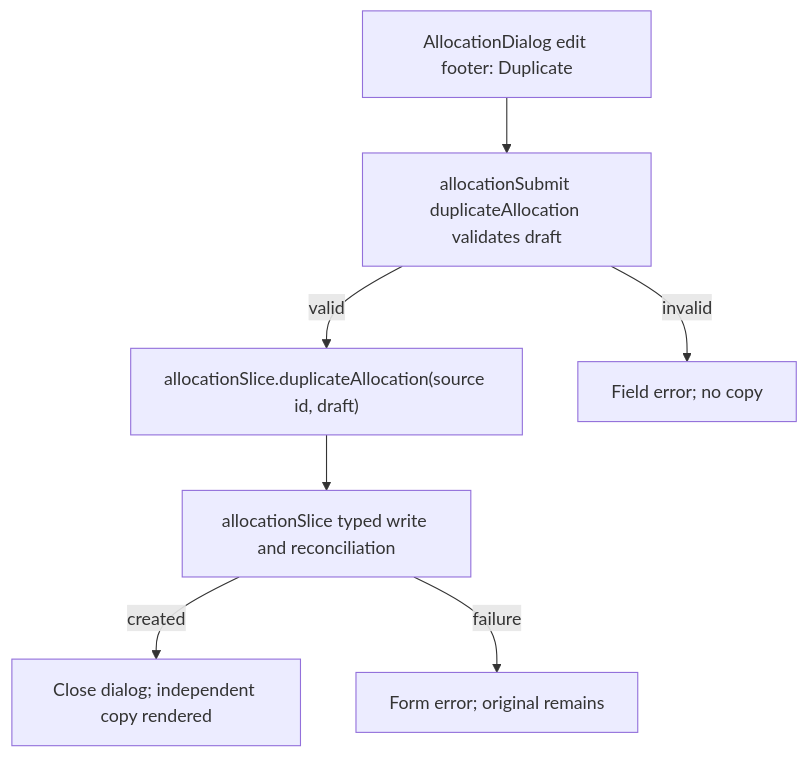
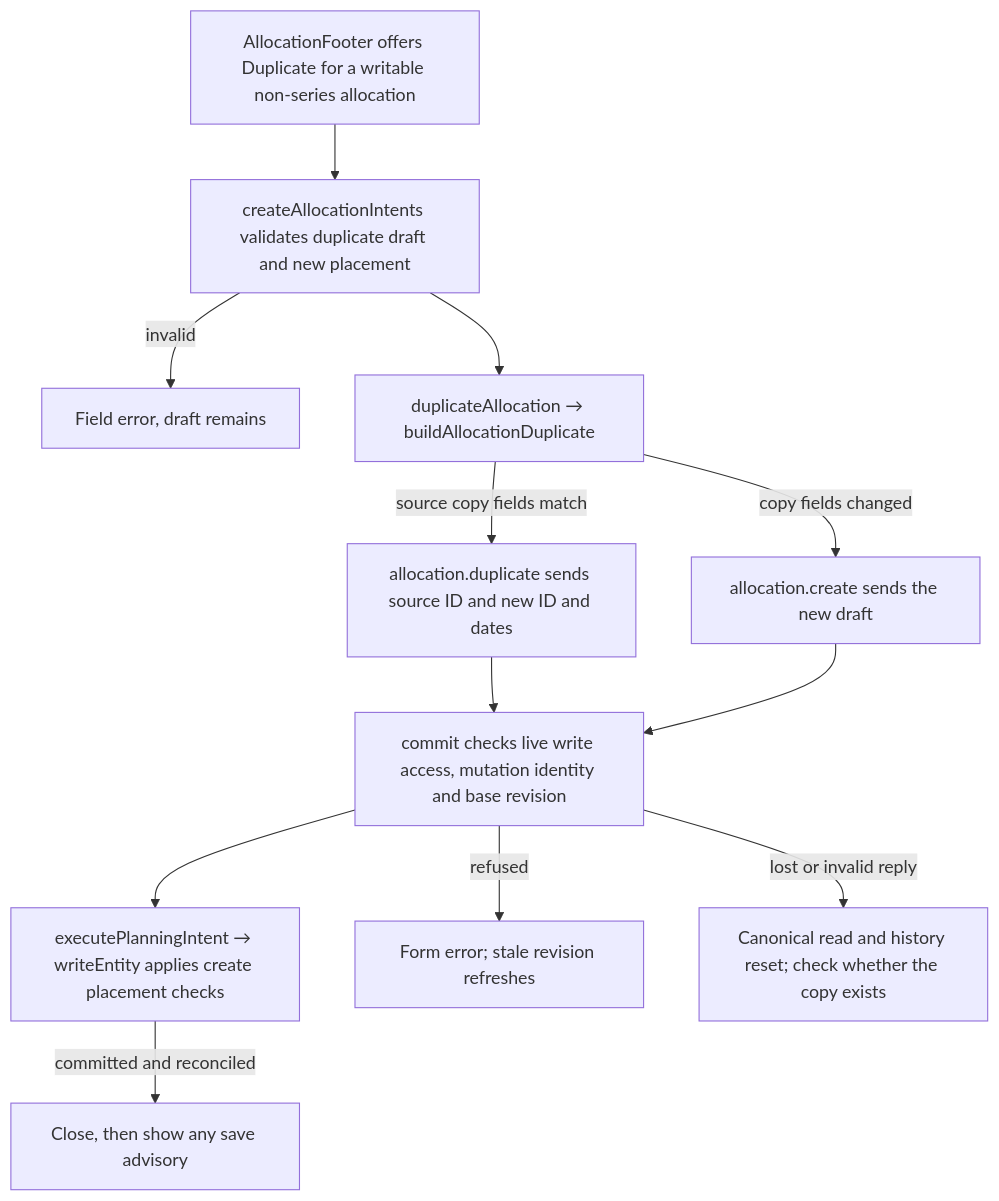
Before and after one commit to Kevinjohn/capacitylens: the second of 2 diagrams in user-stories/allocation/US-ALL-03-duplicate.md, drawn with Mermaid. The commit also changed other lines of this file and 172 other files, not shown here.

Commit message:
docs: reconcile user story code flows with source

````diff
--- a/user-stories/allocation/US-ALL-03-duplicate.md
+++ b/user-stories/allocation/US-ALL-03-duplicate.md
@@ -40,9 +40,14 @@
 ```mermaid
 flowchart TD
-  A["AllocationDialog edit footer: Duplicate"] --> B["allocationSubmit duplicateAllocation validates draft"]
-  B -->|valid| C["allocationSlice.duplicateAllocation(source id, draft)"]
-  B -->|invalid| D["Field error; no copy"]
-  C --> E["allocationSlice typed write and reconciliation"]
-  E -->|created| F["Close dialog; independent copy rendered"]
-  E -->|failure| G["Form error; original remains"]
+  Edit["AllocationFooter offers Duplicate for a writable non-series allocation"] --> Check["createAllocationIntents validates duplicate draft and new placement"]
+  Check -->|invalid| Field["Field error, draft remains"]
+  Check --> Dup["duplicateAllocation → buildAllocationDuplicate"]
+  Dup -->|source copy fields match| Copy["allocation.duplicate sends source ID and new ID and dates"]
+  Dup -->|copy fields changed| Create["allocation.create sends the new draft"]
+  Copy --> Commit["commit checks live write access, mutation identity and base revision"]
+  Create --> Commit
+  Commit --> Write["executePlanningIntent → writeEntity applies create placement checks"]
+  Write -->|committed and reconciled| Close["Close, then show any save advisory"]
+  Commit -->|refused| Refusal["Form error; stale revision refreshes"]
+  Commit -->|lost or invalid reply| Unknown["Canonical read and history reset; check whether the copy exists"]
 ```
````
